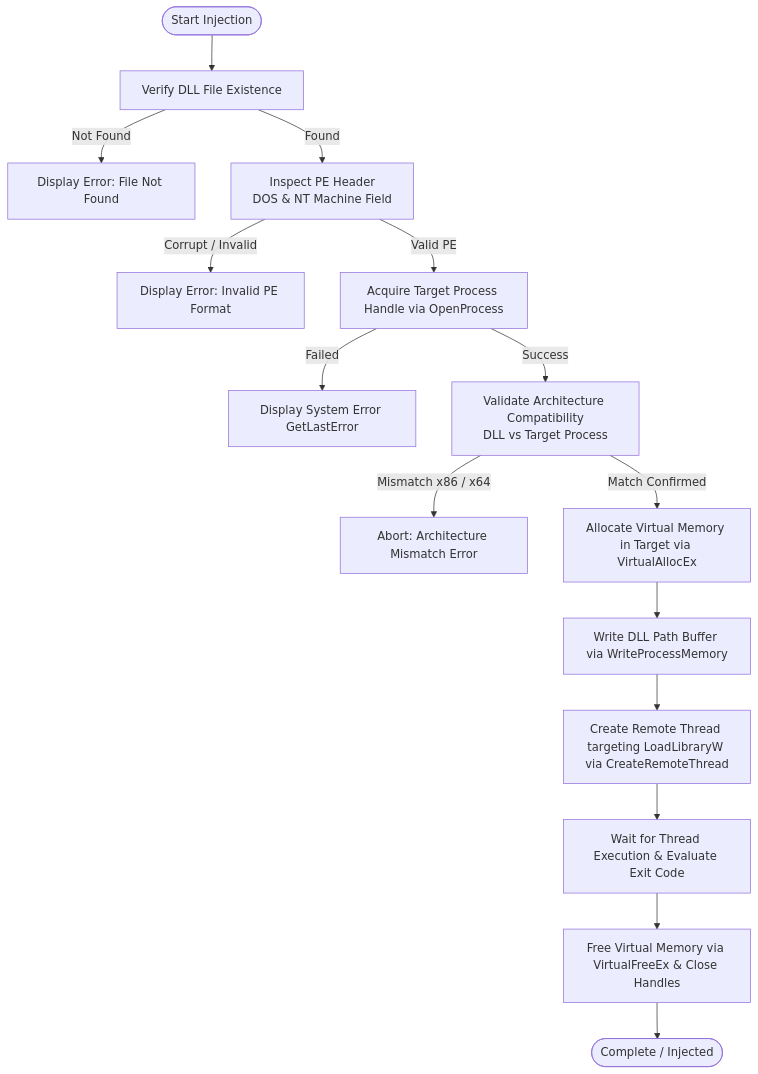
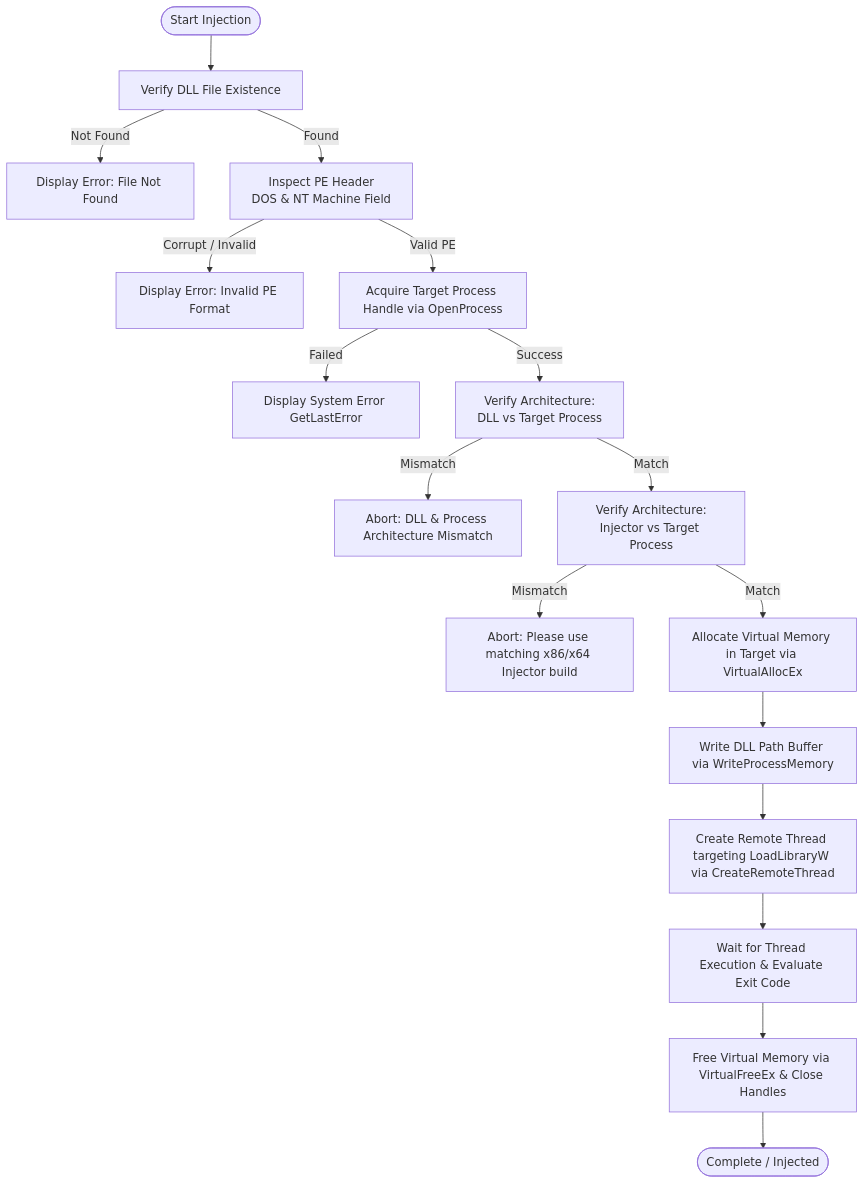
Before and after one commit to DX4GREY/simple-dll-injector: the diagram in README.md, drawn with Mermaid. The commit also changed other lines of this file and 6 other files, not shown here.

Commit message:
feat: enhance multi-architecture support and improve error handling in injector

````diff
--- a/README.md
+++ b/README.md
@@ -48,17 +52,19 @@
 ```mermaid
 flowchart TD
     A([Start Injection]) --> B[Verify DLL File Existence]
     B -- Not Found --> B1[Display Error: File Not Found]
     B -- Found --> C[Inspect PE Header<br/>DOS & NT Machine Field]
     C -- Corrupt / Invalid --> C1[Display Error: Invalid PE Format]
     C -- Valid PE --> D[Acquire Target Process Handle via OpenProcess]
     D -- Failed --> D1[Display System Error GetLastError]
-    D -- Success --> E[Validate Architecture Compatibility<br/>DLL vs Target Process]
-    E -- Mismatch x86 / x64 --> E1[Abort: Architecture Mismatch Error]
-    E -- Match Confirmed --> F[Allocate Virtual Memory in Target via VirtualAllocEx]
-    F --> G[Write DLL Path Buffer via WriteProcessMemory]
-    G --> H[Create Remote Thread targeting LoadLibraryW via CreateRemoteThread]
-    H --> I[Wait for Thread Execution & Evaluate Exit Code]
-    I --> J[Free Virtual Memory via VirtualFreeEx & Close Handles]
-    J --> K([Complete / Injected])
+    D -- Success --> E[Verify Architecture:<br/>DLL vs Target Process]
+    E -- Mismatch --> E1[Abort: DLL & Process Architecture Mismatch]
+    E -- Match --> F[Verify Architecture:<br/>Injector vs Target Process]
+    F -- Mismatch --> F1[Abort: Please use matching x86/x64 Injector build]
+    F -- Match --> G[Allocate Virtual Memory in Target via VirtualAllocEx]
+    G --> H[Write DLL Path Buffer via WriteProcessMemory]
+    H --> I[Create Remote Thread targeting LoadLibraryW via CreateRemoteThread]
+    I --> J[Wait for Thread Execution & Evaluate Exit Code]
+    J --> K[Free Virtual Memory via VirtualFreeEx & Close Handles]
+    K --> L([Complete / Injected])
 ```
````
